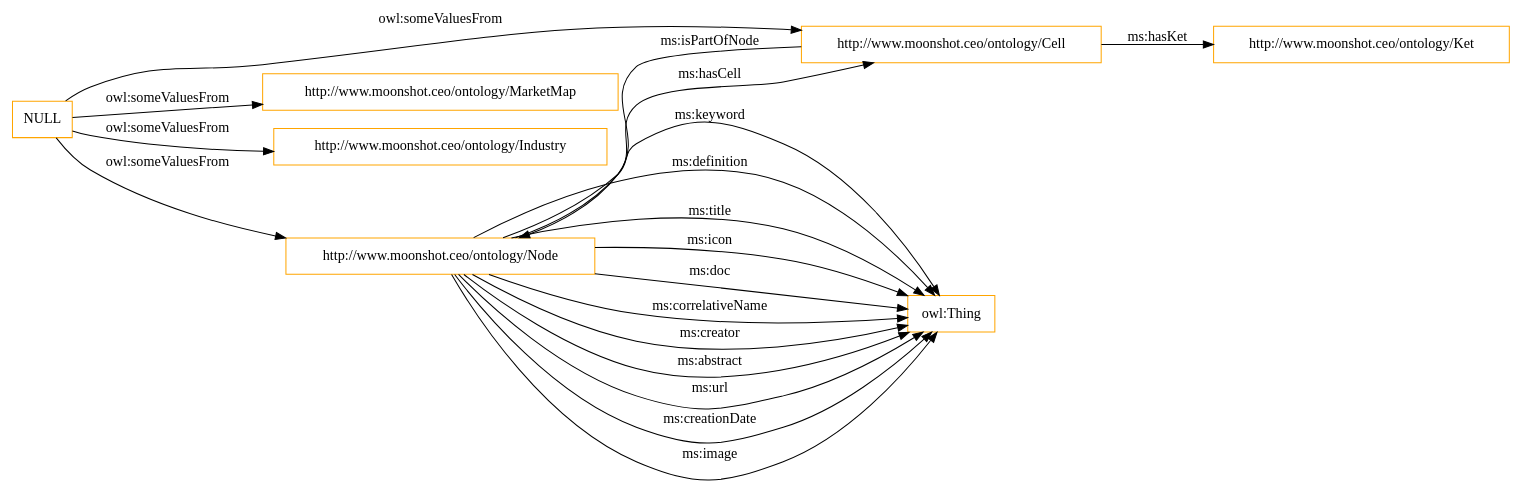
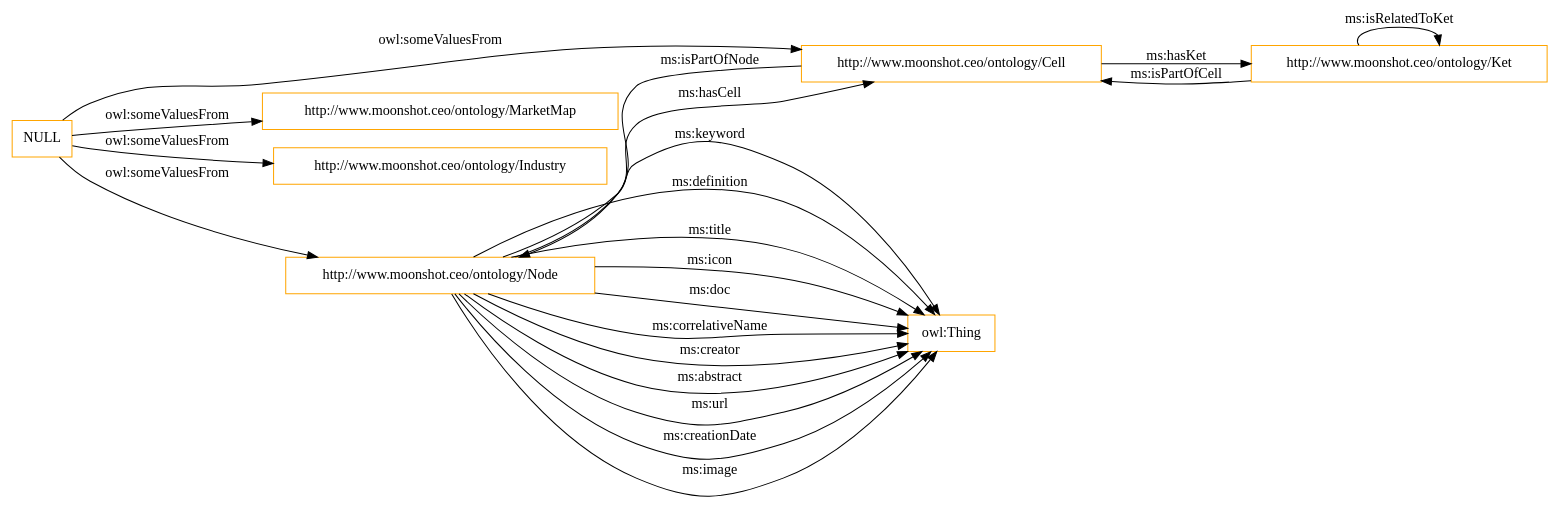
Before and after one commit to oeg-upm/IEBrain: the diagram in OnToology/iebrain.ttl/diagrams/ar2dtool-class/iebrain.ttl.png.dot, drawn with Graphviz. The commit also changed 5 other files, not shown here.

```diff
--- a/OnToology/iebrain.ttl/diagrams/ar2dtool-class/iebrain.ttl.png.dot
+++ b/OnToology/iebrain.ttl/diagrams/ar2dtool-class/iebrain.ttl.png.dot
@@ -1,24 +1,26 @@
 digraph ar2dtool_diagram { 
 rankdir=LR;
 size="1501"
 node [shape = rectangle, color="orange"]; "http://www.moonshot.ceo/ontology/Node" "http://www.moonshot.ceo/ontology/MarketMap" "http://www.moonshot.ceo/ontology/Ket" "http://www.moonshot.ceo/ontology/Industry" "http://www.moonshot.ceo/ontology/Cell" "owl:Thing" ; /*classes style*/
+	"NULL" -> "http://www.moonshot.ceo/ontology/Industry" [ label = "owl:someValuesFrom" ];
+	"NULL" -> "http://www.moonshot.ceo/ontology/Cell" [ label = "owl:someValuesFrom" ];
+	"NULL" -> "http://www.moonshot.ceo/ontology/MarketMap" [ label = "owl:someValuesFrom" ];
 	"NULL" -> "http://www.moonshot.ceo/ontology/Node" [ label = "owl:someValuesFrom" ];
-	"NULL" -> "http://www.moonshot.ceo/ontology/MarketMap" [ label = "owl:someValuesFrom" ];
-	"NULL" -> "http://www.moonshot.ceo/ontology/Cell" [ label = "owl:someValuesFrom" ];
-	"NULL" -> "http://www.moonshot.ceo/ontology/Industry" [ label = "owl:someValuesFrom" ];
 	"http://www.moonshot.ceo/ontology/Node" -> "owl:Thing" [ label = "ms:icon" ];
 	"http://www.moonshot.ceo/ontology/Node" -> "owl:Thing" [ label = "ms:doc" ];
 	"http://www.moonshot.ceo/ontology/Node" -> "owl:Thing" [ label = "ms:correlativeName" ];
 	"http://www.moonshot.ceo/ontology/Node" -> "owl:Thing" [ label = "ms:creator" ];
 	"http://www.moonshot.ceo/ontology/Node" -> "owl:Thing" [ label = "ms:abstract" ];
 	"http://www.moonshot.ceo/ontology/Node" -> "http://www.moonshot.ceo/ontology/Cell" [ label = "ms:hasCell" ];
 	"http://www.moonshot.ceo/ontology/Node" -> "owl:Thing" [ label = "ms:url" ];
 	"http://www.moonshot.ceo/ontology/Node" -> "owl:Thing" [ label = "ms:creationDate" ];
 	"http://www.moonshot.ceo/ontology/Node" -> "owl:Thing" [ label = "ms:image" ];
+	"http://www.moonshot.ceo/ontology/Ket" -> "http://www.moonshot.ceo/ontology/Cell" [ label = "ms:isPartOfCell" ];
 	"http://www.moonshot.ceo/ontology/Node" -> "owl:Thing" [ label = "ms:keyword" ];
 	"http://www.moonshot.ceo/ontology/Node" -> "owl:Thing" [ label = "ms:definition" ];
 	"http://www.moonshot.ceo/ontology/Node" -> "owl:Thing" [ label = "ms:title" ];
 	"http://www.moonshot.ceo/ontology/Cell" -> "http://www.moonshot.ceo/ontology/Node" [ label = "ms:isPartOfNode" ];
+	"http://www.moonshot.ceo/ontology/Ket" -> "http://www.moonshot.ceo/ontology/Ket" [ label = "ms:isRelatedToKet" ];
 	"http://www.moonshot.ceo/ontology/Cell" -> "http://www.moonshot.ceo/ontology/Ket" [ label = "ms:hasKet" ];
 
 }
```
